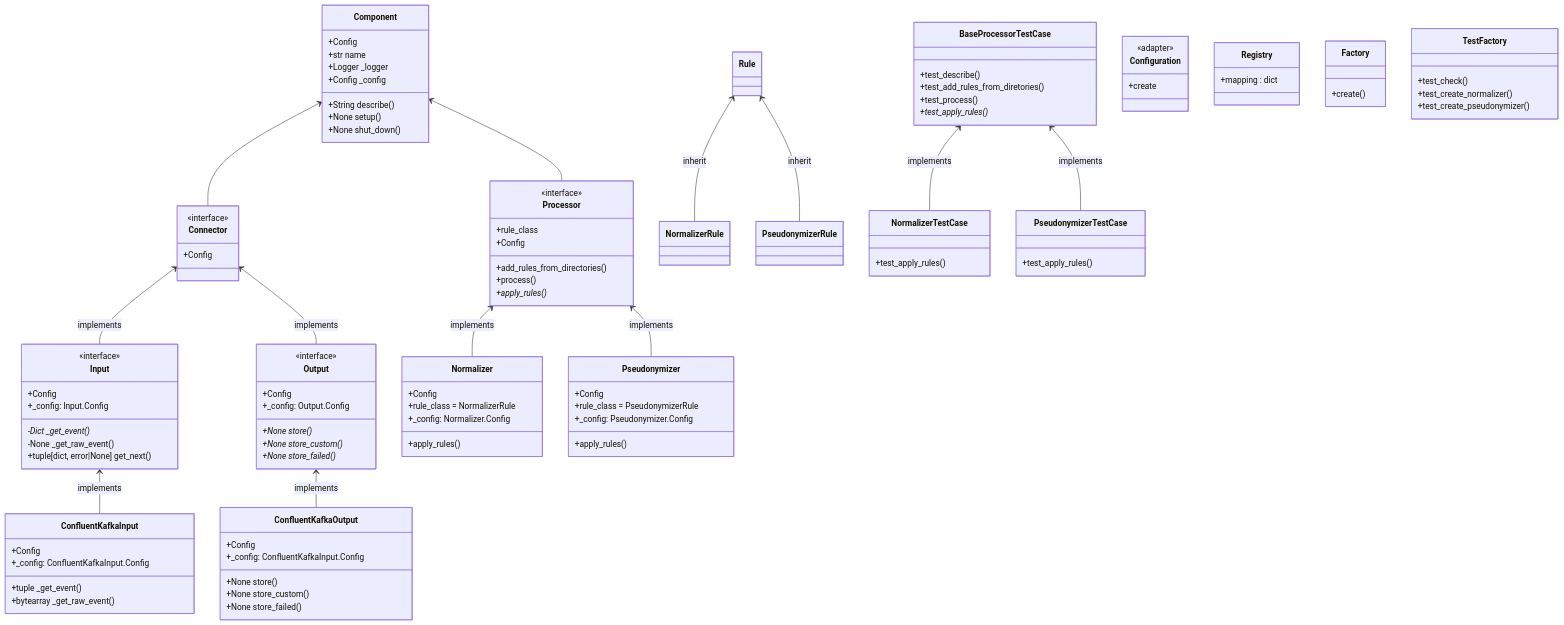
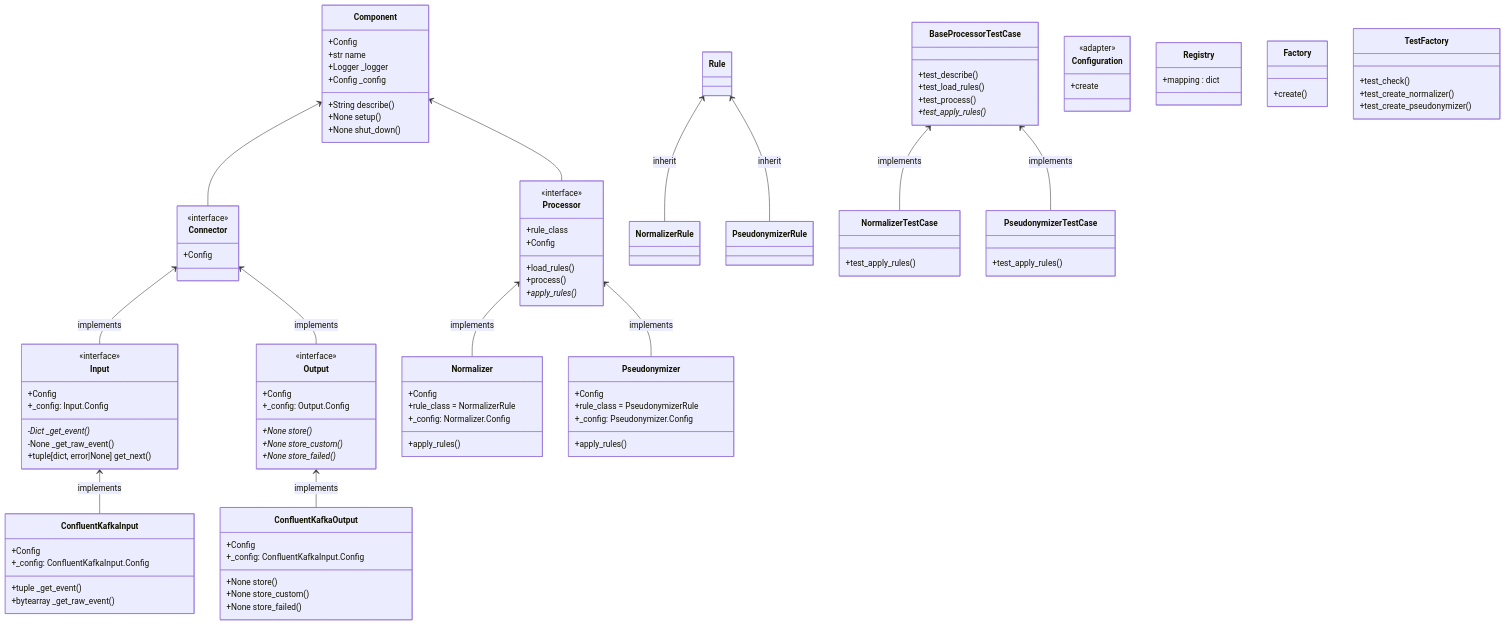
Before and after one commit to fkie-cad/Logprep: the diagram in doc/source/development/index.rst, drawn with Mermaid. The commit also changed 3 other files, not shown here.

Commit message:
rename add_rules_from_directory to load_rules

```diff
--- a/doc/source/development/index.rst
+++ b/doc/source/development/index.rst
@@ -32,7 +32,7 @@
             <<interface>>
             +rule_class
             +Config
-            +add_rules_from_directories()
+            +load_rules()
             +process()
             +apply_rules()*
         }
@@ -104,7 +104,7 @@
 
         class BaseProcessorTestCase{
             +test_describe()
-            +test_add_rules_from_diretories()
+            +test_load_rules()
             +test_process()
             +test_apply_rules()*
         }
```
